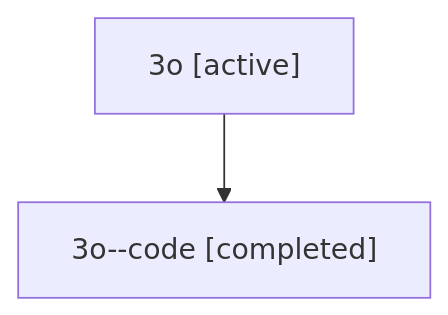
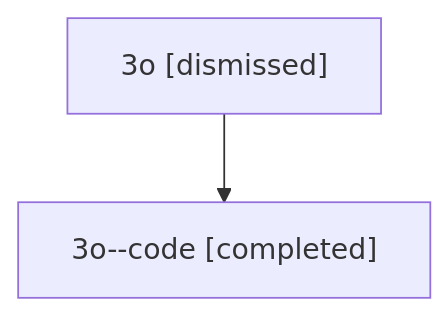
The diagram in sessions/bbugyi200.athena.3o.md (sase-org/sase--agents), drawn with Mermaid before and after one commit. The commit also changed other lines of this file and 32 other files, not shown here.

````diff
--- a/sessions/bbugyi200.athena.3o.md
+++ b/sessions/bbugyi200.athena.3o.md
@@ -9,6 +9,6 @@
 ```mermaid
 flowchart TD
-  n0["3o [active]"]
+  n0["3o [dismissed]"]
   n1["3o--code [completed]"]
   n0 --> n1
 ```
````
